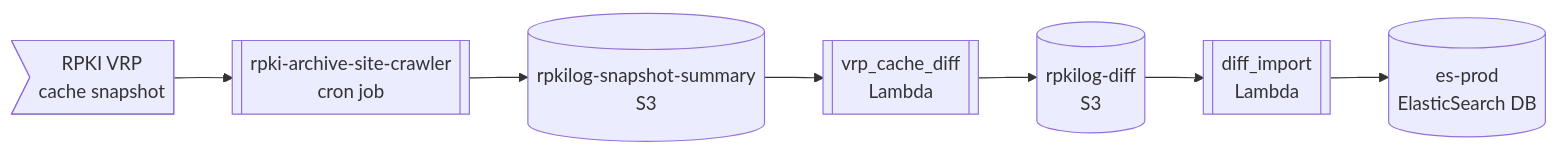
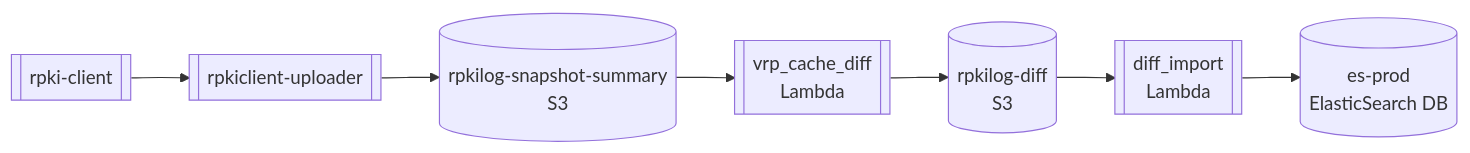
Before and after one commit to jeffsw/rpkilog: the diagram in README.md, drawn with Mermaid. The commit also changed other lines of this file, not shown here.

````diff
--- a/README.md
+++ b/README.md
@@ -13,17 +17,17 @@
 ```mermaid
 flowchart LR
-    rpki_archive>RPKI VRP\ncache snapshot]
-    rpki-archive-site-crawler[[rpki-archive-site-crawler\ncron job]]
+    rpki_client[[rpki-client]]
+    rpkiclient_uploader[[rpkiclient-uploader]]    
     s3_snapshot_summary[(rpkilog-snapshot-summary\nS3)]
     vrp_cache_diff[[vrp_cache_diff\nLambda]]
     s3_diff[(rpkilog-diff\nS3)]
     diff_import[[diff_import\nLambda]]
     elasticsearch[(es-prod\nElasticSearch DB)]
 
-    rpki_archive --> rpki-archive-site-crawler
-    rpki-archive-site-crawler --> s3_snapshot_summary
+    rpki_client --> rpkiclient_uploader
+    rpkiclient_uploader --> s3_snapshot_summary
     s3_snapshot_summary --> vrp_cache_diff
     vrp_cache_diff --> s3_diff
     s3_diff --> diff_import
     diff_import --> elasticsearch
 ```
````
